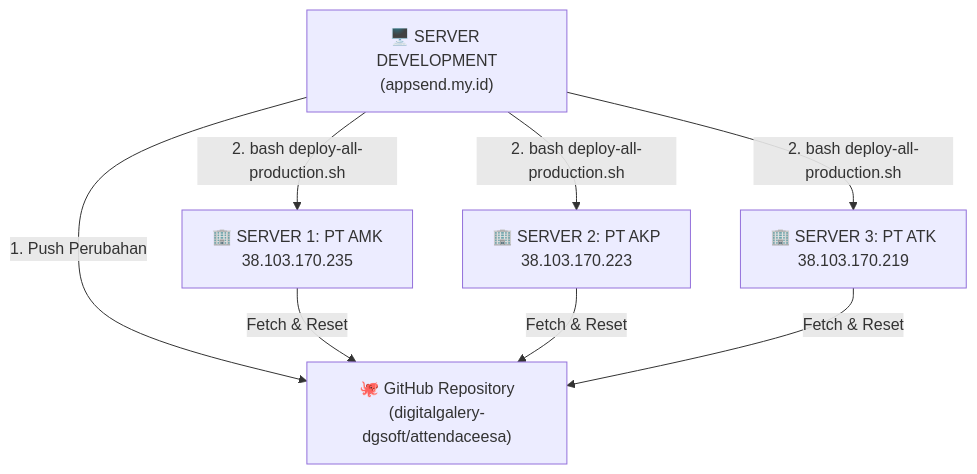
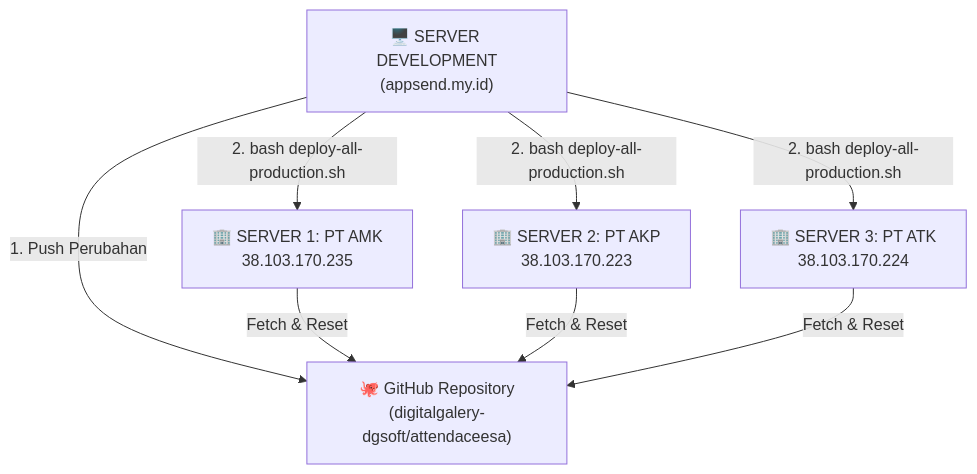
One commit to digitalgalery-dgsoft/attendaceesa changed the diagram in PANDUAN_AUTO_DEPLOY_3_SERVER.md. Above: the diagram before and after it, drawn with Mermaid. The commit also changed 8 other files, not shown here.

````diff
--- a/PANDUAN_AUTO_DEPLOY_3_SERVER.md
+++ b/PANDUAN_AUTO_DEPLOY_3_SERVER.md
@@ -10,16 +10,16 @@
 ```mermaid
 graph TD
     DEV["🖥️ SERVER DEVELOPMENT<br/>(appsend.my.id)"]
     GIT["🐙 GitHub Repository<br/>(digitalgalery-dgsoft/attendaceesa)"]
     S1["🏢 SERVER 1: PT AMK<br/>38.103.170.235"]
     S2["🏢 SERVER 2: PT AKP<br/>38.103.170.223"]
-    S3["🏢 SERVER 3: PT ATK<br/>38.103.170.219"]
+    S3["🏢 SERVER 3: PT ATK<br/>38.103.170.224"]
 
     DEV -->|1. Push Perubahan| GIT
     DEV -->|2. bash deploy-all-production.sh| S1
     DEV -->|2. bash deploy-all-production.sh| S2
     DEV -->|2. bash deploy-all-production.sh| S3
     S1 -->|Fetch & Reset| GIT
     S2 -->|Fetch & Reset| GIT
     S3 -->|Fetch & Reset| GIT
 ```
````
